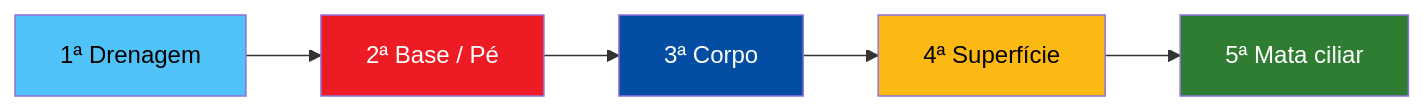
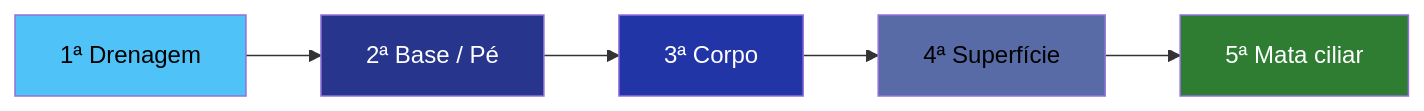
The fifth of 7 diagrams in aulas/bioengenharia_de_solos/aulas/projeto_integrador/projeto_integrador.qmd (ldvsantos/cv), drawn with Mermaid before and after one commit. The commit also changed other lines of this file and 466 other files, not shown here.

````diff
--- a/aulas/bioengenharia_de_solos/aulas/projeto_integrador/projeto_integrador.qmd
+++ b/aulas/bioengenharia_de_solos/aulas/projeto_integrador/projeto_integrador.qmd
@@ -315,13 +313,13 @@
 ```{mermaid}
 %%| fig-width: 4.5
 graph LR
     A["1ª Drenagem"] --> B["2ª Base / Pé"]
     B --> C["3ª Corpo"]
     C --> D["4ª Superfície"]
     D --> E["5ª Mata ciliar"]
     style A fill:#4FC3F7,color:#000
-    style B fill:#ED1C24,color:#fff
-    style C fill:#034EA2,color:#fff
-    style D fill:#FDB913,color:#000
+    style B fill:#27368C,color:#fff
+    style C fill:#2135A6,color:#fff
+    style D fill:#586BA6,color:#000
     style E fill:#2E7D32,color:#fff
 ```
````
